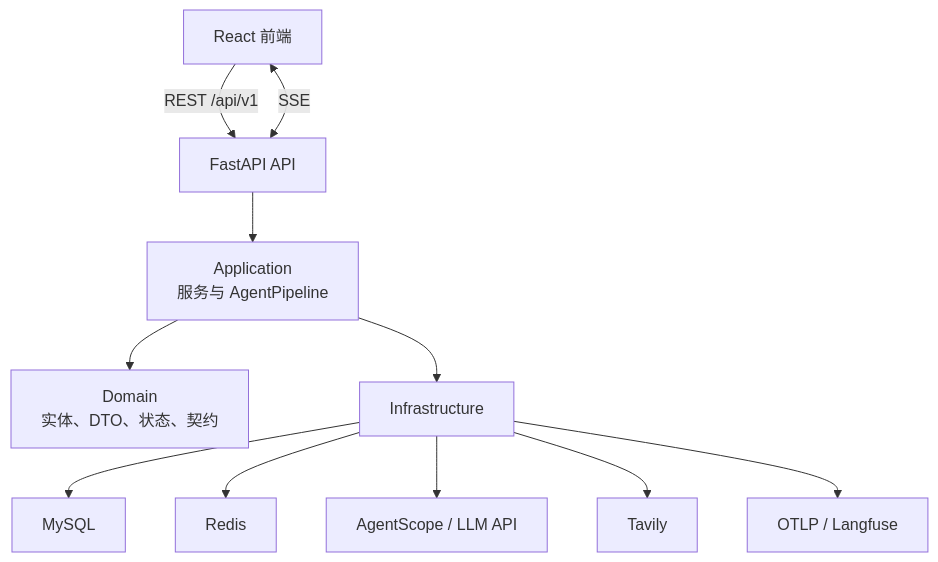
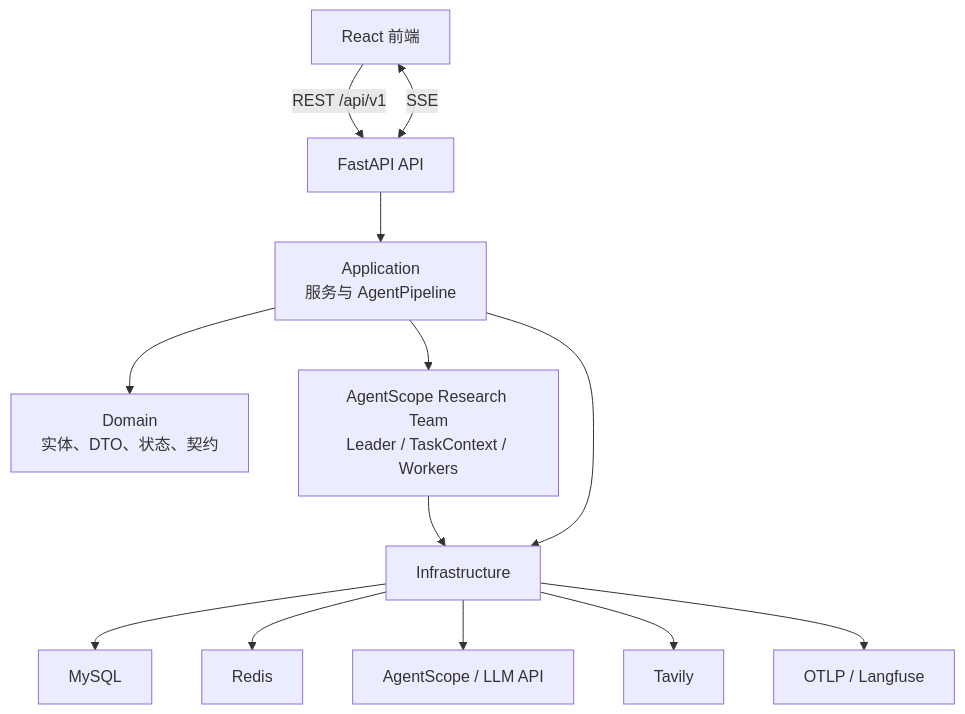
One commit to haotangyuan/deep-research changed the diagram in docs/架构设计.md. Above: the diagram before and after it, drawn with Mermaid. The commit also changed other lines of this file and 41 other files, not shown here.

````diff
--- a/docs/架构设计.md
+++ b/docs/架构设计.md
@@ -7,13 +7,15 @@
 ```mermaid
 flowchart TB
     FE["React 前端"] -->|"REST /api/v1"| API["FastAPI API"]
     API --> APP["Application<br/>服务与 AgentPipeline"]
     APP --> DOMAIN["Domain<br/>实体、DTO、状态、契约"]
-    APP --> INFRA["Infrastructure"]
+    APP --> TEAM["AgentScope Research Team<br/>Leader / TaskContext / Workers"]
+    TEAM --> INFRA["Infrastructure"]
+    APP --> INFRA
     INFRA --> MYSQL["MySQL"]
     INFRA --> REDIS["Redis"]
     INFRA --> LLM["AgentScope / LLM API"]
     INFRA --> TAVILY["Tavily"]
     INFRA --> OTLP["OTLP / Langfuse"]
     API <-->|"SSE"| FE
 ```
````
